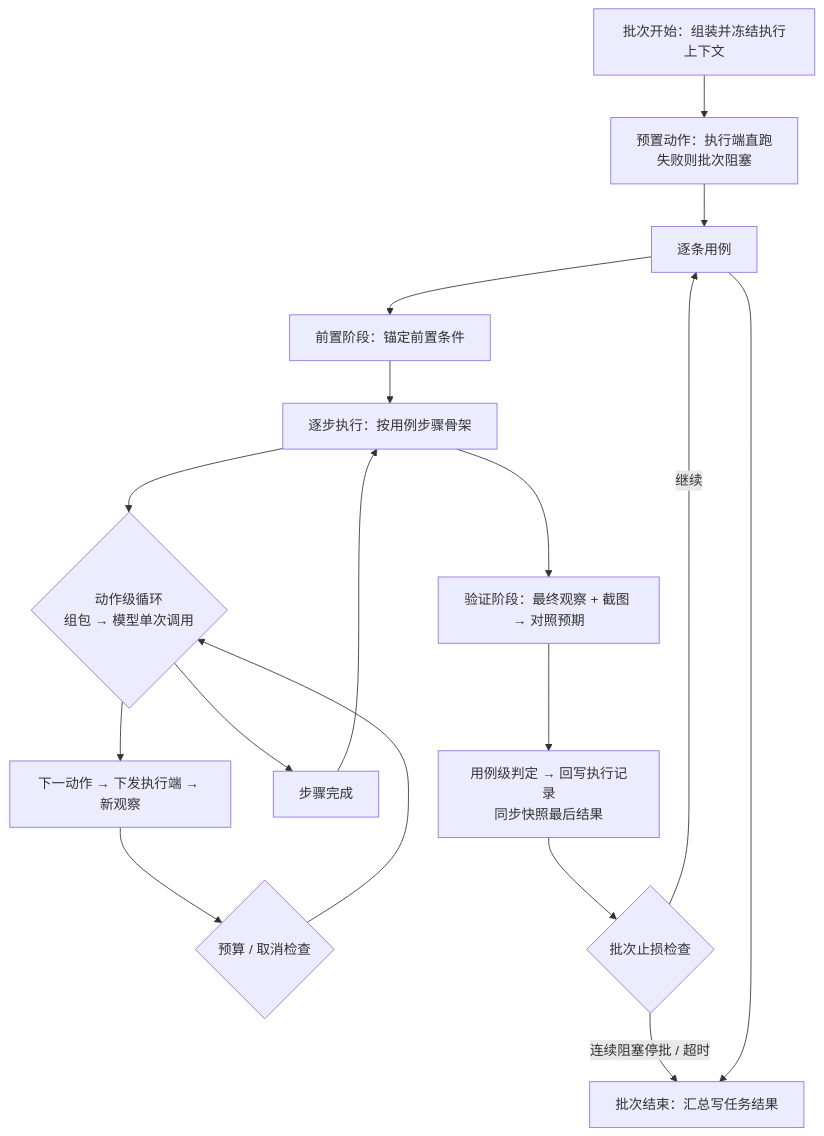
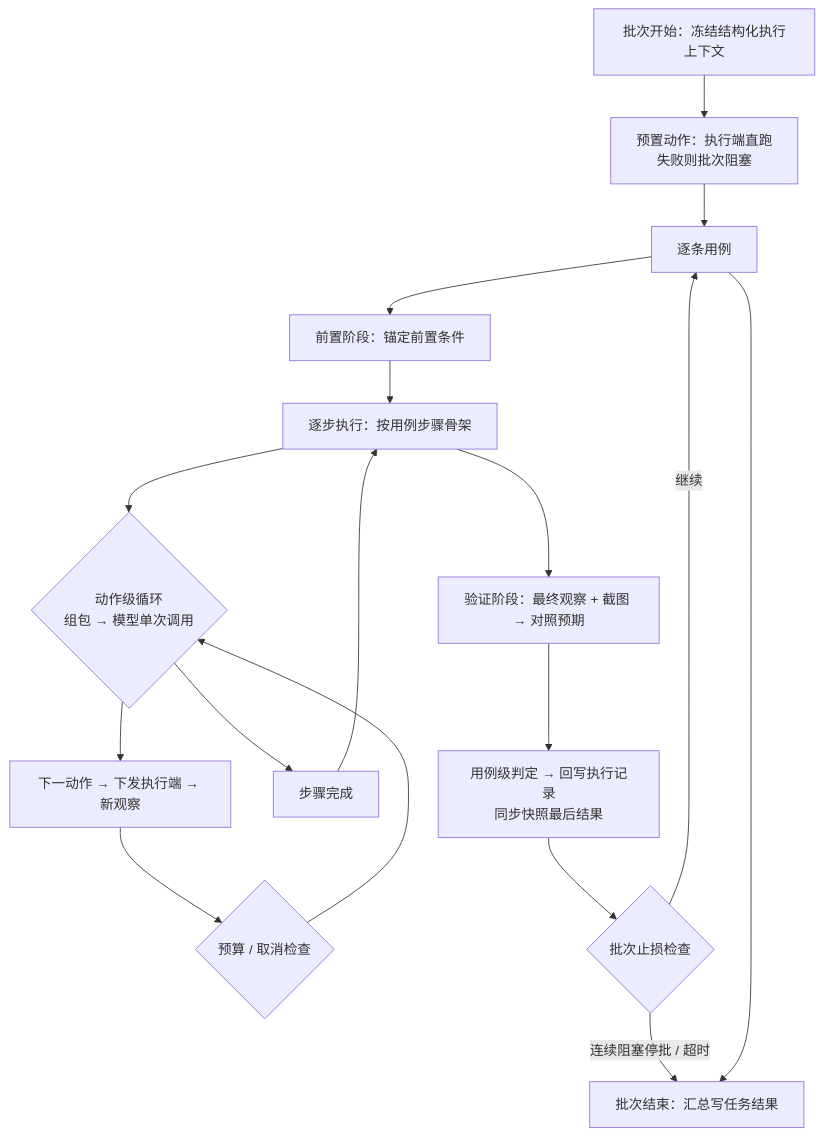
Before and after one commit to XiaoMiSum/robotest: the first of 2 diagrams in docs/02-high-level-design/03-function-testing/03-hld-ai-ui-testing.md, drawn with Mermaid. The commit also changed other lines of this file and 7 other files, not shown here.

````diff
--- a/docs/02-high-level-design/03-function-testing/03-hld-ai-ui-testing.md
+++ b/docs/02-high-level-design/03-function-testing/03-hld-ai-ui-testing.md
@@ -127,19 +127,19 @@
 ```mermaid
 flowchart TD
-    A[批次开始：组装并冻结执行上下文] --> B[预置动作：执行端直跑<br/>失败则批次阻塞]
+    A[批次开始：冻结结构化执行上下文] --> B[预置动作：执行端直跑<br/>失败则批次阻塞]
     B --> C[逐条用例]
     C --> D[前置阶段：锚定前置条件]
     D --> E[逐步执行：按用例步骤骨架]
     E --> F{动作级循环<br/>组包 → 模型单次调用}
     F --> G[下一动作 → 下发执行端 → 新观察]
     G --> H{预算 / 取消检查}
     H --> F
     F --> I[步骤完成]
     I --> E
     E --> J[验证阶段：最终观察 + 截图 → 对照预期]
     J --> K[用例级判定 → 回写执行记录<br/>同步快照最后结果]
     K --> L{批次止损检查}
     L -->|继续| C
     L -->|连续阻塞停批 / 超时| M[批次结束：汇总写任务结果]
     C --> M
 ```
````
